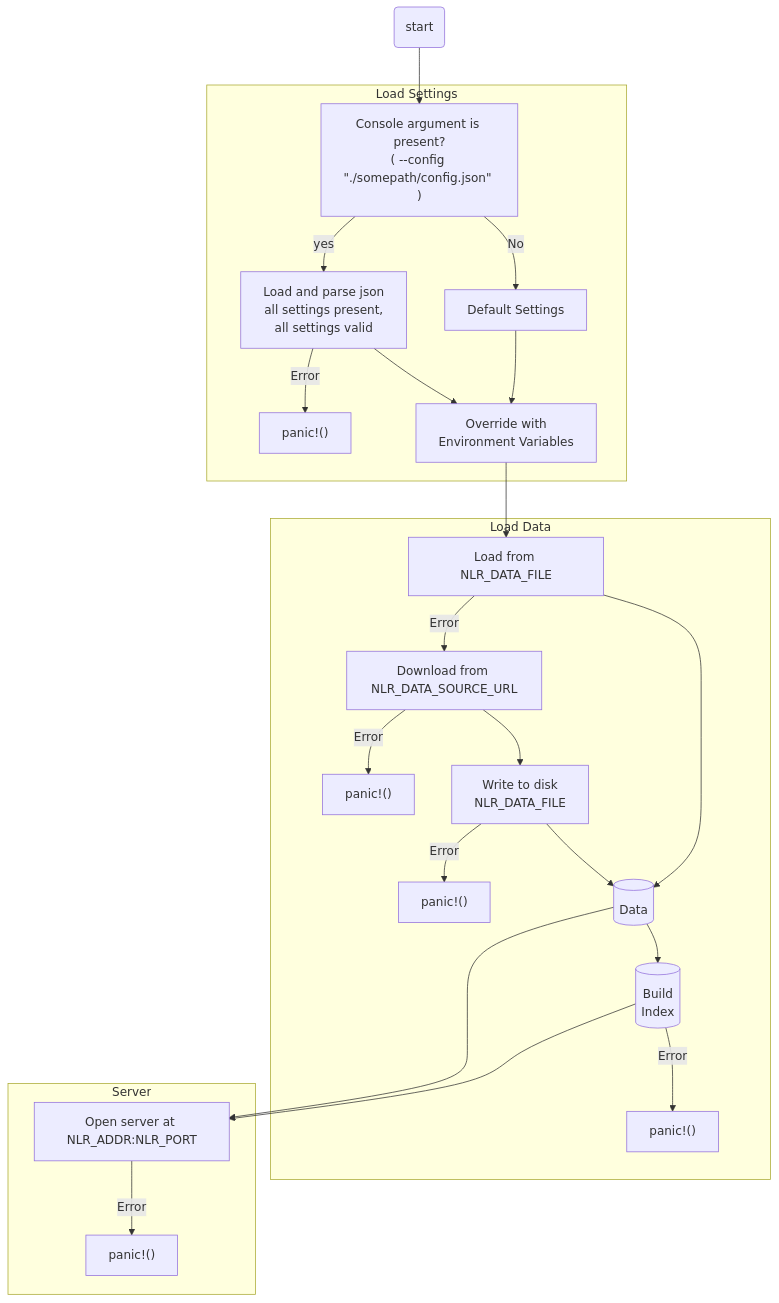
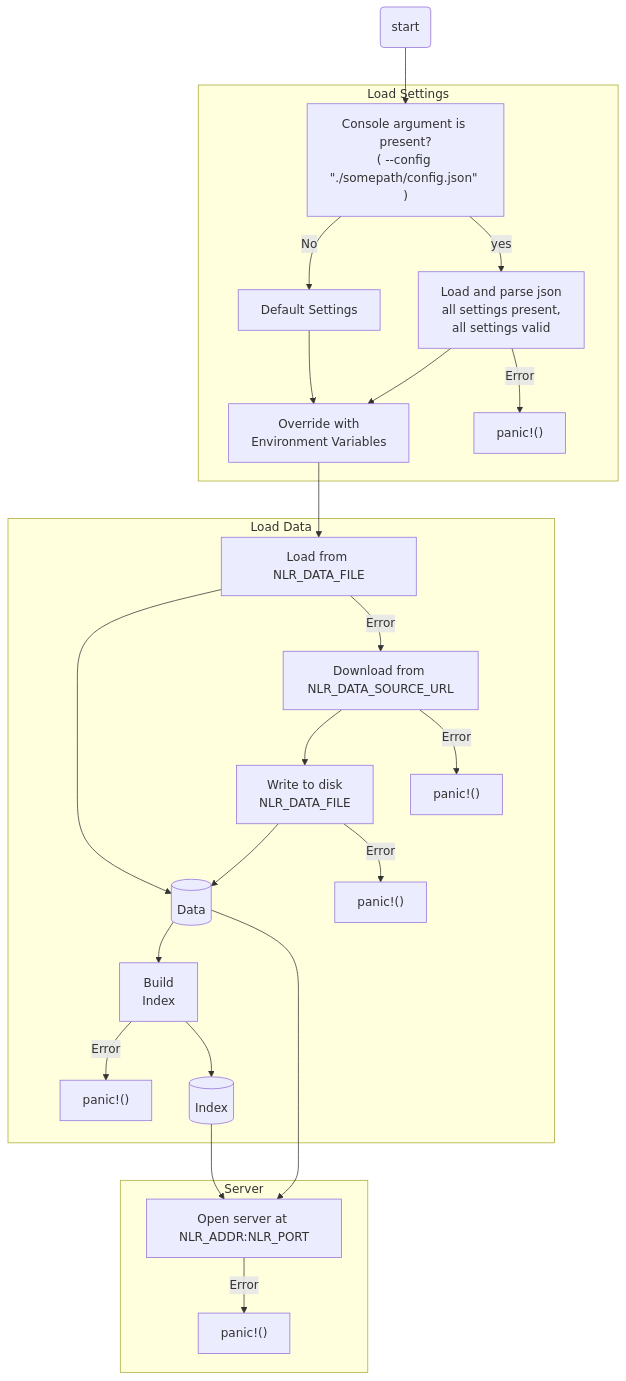
One commit to thehappycheese/nicklinref_rust changed the diagram in readme_extras/process_flowchart.md. Above: the diagram before and after it, drawn with Mermaid.

Commit message:
flowchart updated

````diff
--- a/readme_extras/process_flowchart.md
+++ b/readme_extras/process_flowchart.md
@@ -1,45 +1,45 @@
 ```mermaid
 
 flowchart TD
-    A(start) -->B1a
+    A(start) --> B1a
     subgraph Load Settings
         B1a["Console argument is present?<br>( --config #quot;./somepath/config.json#quot; )"]
 
 		B1a1[Load and parse json<br>all settings present,<br>all settings valid] --> B2
 		B1a1-->|Error| P1
 
         B1b[Default Settings]
         B2[Override with<br>Environment Variables]
         B1a-->|No| B1b
         B1a-->|yes| B1a1
         B1b-->B2
 		P1["panic!()"]
     end
     B2-->C
     subgraph Load Data
         C[Load from NLR_DATA_FILE] --> D
 		C-->|Error| E
 
 		E[Download from NLR_DATA_SOURCE_URL] --> F
 		E-->|Error| P2["panic!()"]
 
 		F[Write to  disk<br>NLR_DATA_FILE] --> D
 		F-->|Error| P3["panic!()"]
 
 		D[(Data)] -->H
 		
 
 		H-->|Error| P4["panic!()"]
 		
-		H[(Build<br>Index)]
+		H[Build<br>Index] --> II[(Index)]
 
     end
 	subgraph Server
 		D-->Q
-		H-->Q
+		II-->Q
 		Q[Open server at NLR_ADDR:NLR_PORT]
 		Q-->|Error| P5
 		P5["panic!()"]
 	end
 	
 ```
````
